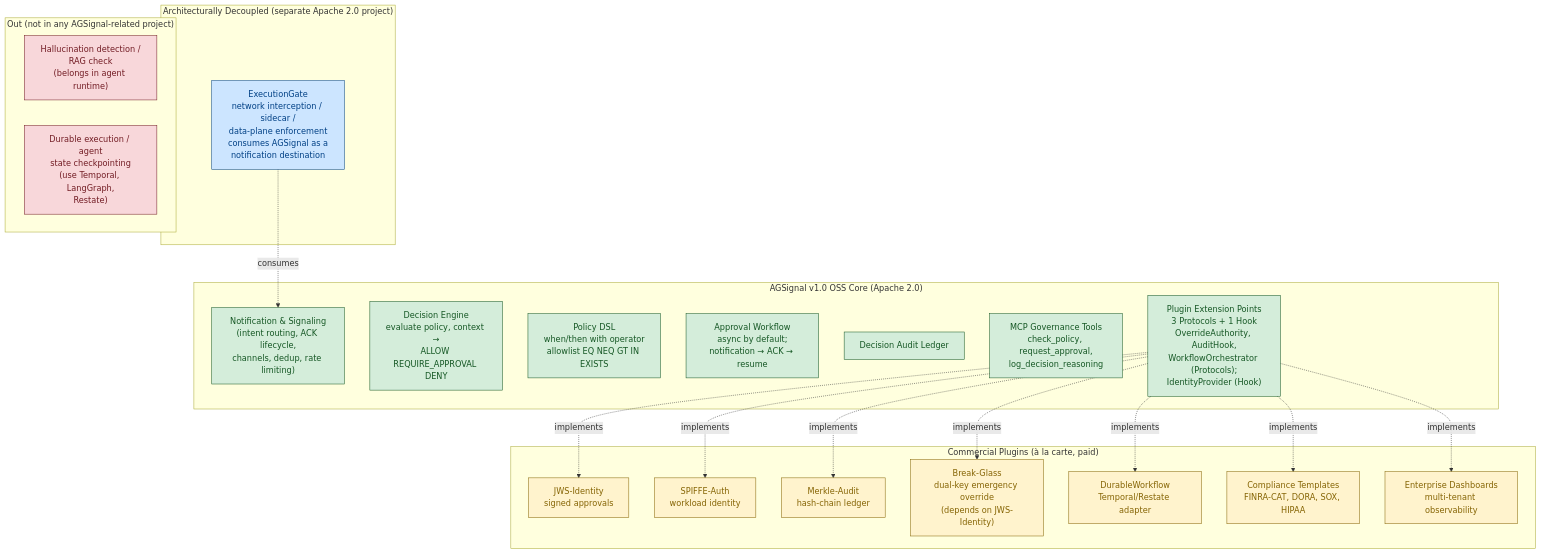
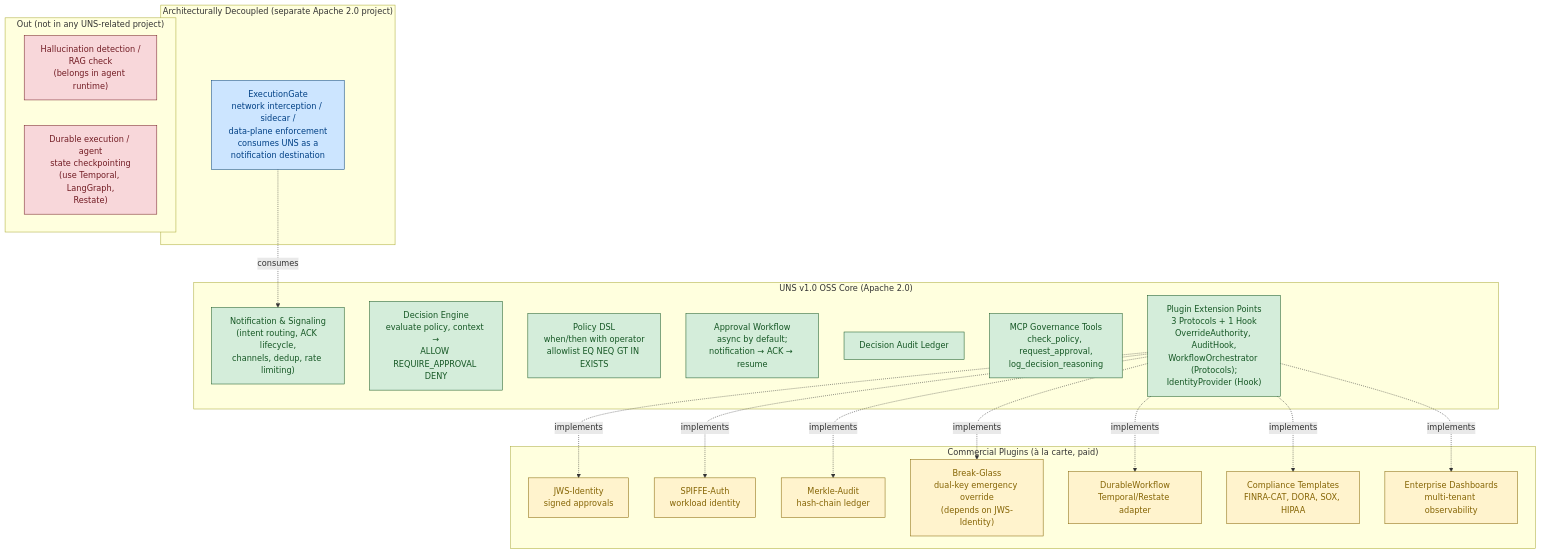
Before and after one commit to ylecoyote/uns: the first of 2 diagrams in docs/archive/pre-consolidation/agent_governance_control_plane_prd.md, drawn with Mermaid. The commit also changed other lines of this file and 309 other files, not shown here.

Commit message:
refactor(uns): consolidate agsignal/agsignal_mcp into uns/uns_mcp and remove legacy naming

````diff
--- a/docs/archive/pre-consolidation/agent_governance_control_plane_prd.md
+++ b/docs/archive/pre-consolidation/agent_governance_control_plane_prd.md
@@ -148,46 +148,46 @@
 ```mermaid
 flowchart TB
     classDef core fill:#d4edda,stroke:#155724,color:#155724
     classDef commercial fill:#fff3cd,stroke:#856404,color:#856404
     classDef decoupled fill:#cce5ff,stroke:#004085,color:#004085
     classDef out fill:#f8d7da,stroke:#721c24,color:#721c24
 
-    subgraph CORE["AGSignal v1.0 OSS Core (Apache 2.0)"]
+    subgraph CORE["UNS v1.0 OSS Core (Apache 2.0)"]
         N["Notification & Signaling<br/>(intent routing, ACK lifecycle,<br/>channels, dedup, rate limiting)"]:::core
         D["Decision Engine<br/>evaluate policy, context →<br/>ALLOW REQUIRE_APPROVAL DENY"]:::core
         P["Policy DSL<br/>when/then with operator<br/>allowlist EQ NEQ GT IN EXISTS"]:::core
         A["Approval Workflow<br/>async by default;<br/>notification → ACK → resume"]:::core
         L["Decision Audit Ledger"]:::core
         M["MCP Governance Tools<br/>check_policy, request_approval,<br/>log_decision_reasoning"]:::core
         EP["Plugin Extension Points<br/>3 Protocols + 1 Hook<br/>OverrideAuthority, AuditHook,<br/>WorkflowOrchestrator (Protocols);<br/>IdentityProvider (Hook)"]:::core
     end
 
     subgraph COMMERCIAL["Commercial Plugins (à la carte, paid)"]
         JWS["JWS-Identity<br/>signed approvals"]:::commercial
         SPIFFE["SPIFFE-Auth<br/>workload identity"]:::commercial
         MERKLE["Merkle-Audit<br/>hash-chain ledger"]:::commercial
         BG["Break-Glass<br/>dual-key emergency override<br/>(depends on JWS-Identity)"]:::commercial
         DW["DurableWorkflow<br/>Temporal/Restate adapter"]:::commercial
         CT["Compliance Templates<br/>FINRA-CAT, DORA, SOX, HIPAA"]:::commercial
         ED["Enterprise Dashboards<br/>multi-tenant observability"]:::commercial
     end
 
     subgraph DECOUPLED["Architecturally Decoupled (separate Apache 2.0 project)"]
-        EG["ExecutionGate<br/>network interception / sidecar /<br/>data-plane enforcement<br/>consumes AGSignal as a<br/>notification destination"]:::decoupled
+        EG["ExecutionGate<br/>network interception / sidecar /<br/>data-plane enforcement<br/>consumes UNS as a<br/>notification destination"]:::decoupled
     end
 
-    subgraph OUT["Out (not in any AGSignal-related project)"]
+    subgraph OUT["Out (not in any UNS-related project)"]
         H["Hallucination detection /<br/>RAG check<br/>(belongs in agent runtime)"]:::out
         DE["Durable execution / agent<br/>state checkpointing<br/>(use Temporal, LangGraph,<br/>Restate)"]:::out
     end
 
     EP -.implements.-> JWS
     EP -.implements.-> SPIFFE
     EP -.implements.-> MERKLE
     EP -.implements.-> BG
     EP -.implements.-> DW
     EP -.implements.-> CT
     EP -.implements.-> ED
 
     EG -.consumes.-> N
 ```
````
